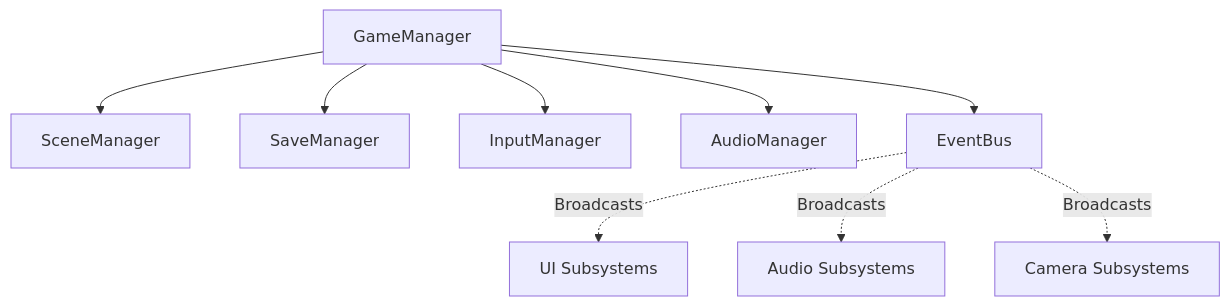
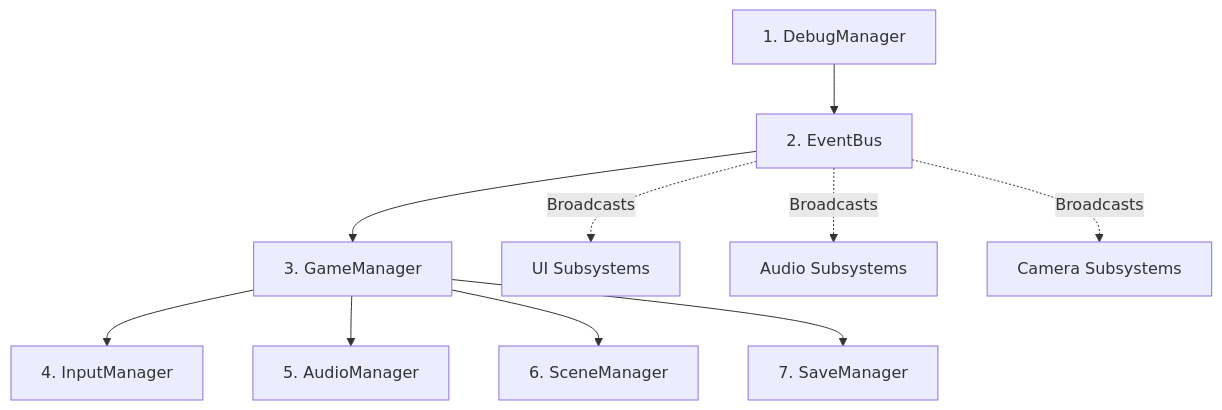
One commit to Github-Suriya/echoes-of-the-celestial-staff changed the first of 2 diagrams in docs/TECHNICAL_ARCHITECTURE.md. Above: the diagram before and after it, drawn with Mermaid. The commit also changed other lines of this file and 27 other files, not shown here.

````diff
--- a/docs/TECHNICAL_ARCHITECTURE.md
+++ b/docs/TECHNICAL_ARCHITECTURE.md
@@ -28,12 +28,13 @@
 ```mermaid
 graph TD
-    GameManager[GameManager] --> SceneManager[SceneManager]
-    GameManager --> SaveManager[SaveManager]
-    GameManager --> InputManager[InputManager]
-    GameManager --> AudioManager[AudioManager]
-    GameManager --> EventBus[EventBus]
+    DebugManager[1. DebugManager] --> EventBus[2. EventBus]
+    EventBus --> GameManager[3. GameManager]
+    GameManager --> InputManager[4. InputManager]
+    GameManager --> AudioManager[5. AudioManager]
+    GameManager --> SceneManager[6. SceneManager]
+    GameManager --> SaveManager[7. SaveManager]
     
     EventBus -. Broadcasts .-> UI[UI Subsystems]
     EventBus -. Broadcasts .-> Audio[Audio Subsystems]
     EventBus -. Broadcasts .-> Camera[Camera Subsystems]
 ```
````
